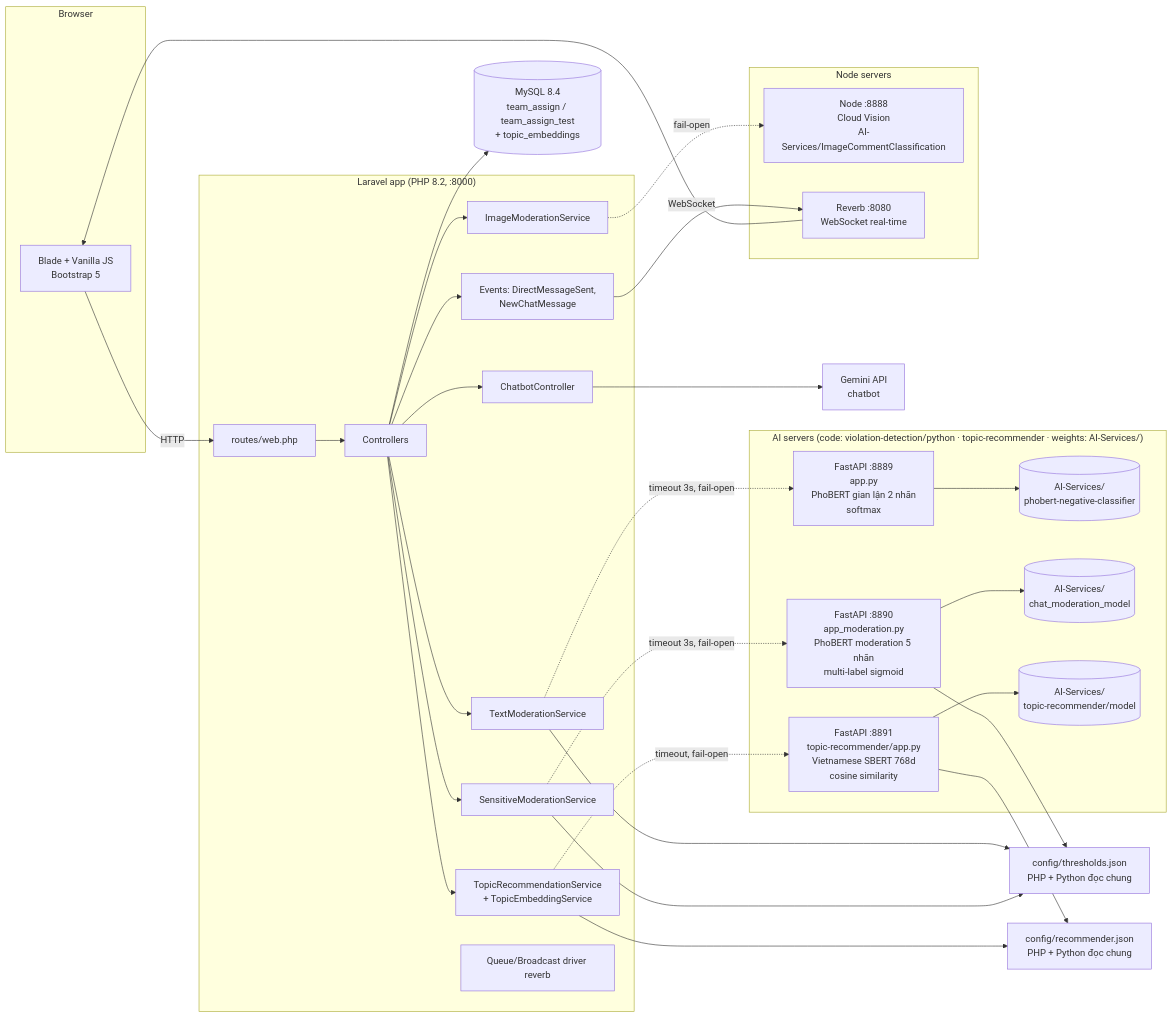
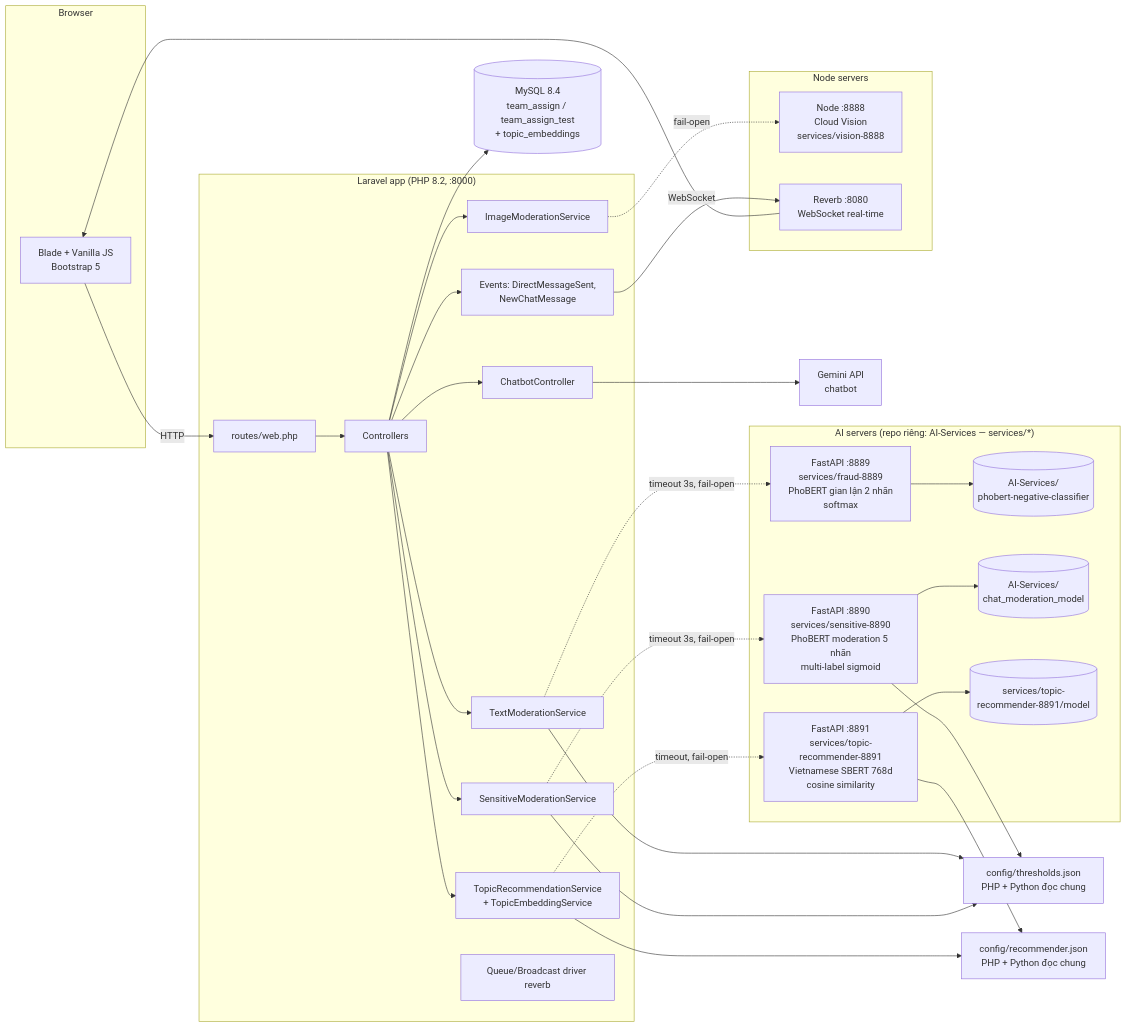
One commit to HuangMeii/Team-Assign changed the first of 2 diagrams in docs/diagrams/architecture.md. Above: the diagram before and after it, drawn with Mermaid. The commit also changed other lines of this file and 65 other files, not shown here.

First line of the commit message:
chore(repo): dong bo AI-Services paths + tach CSV delimiter + xoa python server cu + them docs

````diff
--- a/docs/diagrams/architecture.md
+++ b/docs/diagrams/architecture.md
@@ -3,51 +3,51 @@
 ```mermaid
 graph LR
     subgraph Browser
         UI[Blade + Vanilla JS<br/>Bootstrap 5]
     end
 
     subgraph "Laravel app (PHP 8.2, :8000)"
         R[routes/web.php] --> C[Controllers]
         C --> S1[TextModerationService]
         C --> S2[SensitiveModerationService]
         C --> S3[ImageModerationService]
         C --> S4[TopicRecommendationService<br/>+ TopicEmbeddingService]
         C --> CH[ChatbotController]
         C --> EV[Events: DirectMessageSent,<br/>NewChatMessage]
         Q[Queue/Broadcast driver reverb]
     end
 
-    subgraph "AI servers (code: violation-detection/python · topic-recommender · weights: AI-Services/)"
-        P1[FastAPI :8889<br/>app.py<br/>PhoBERT gian lận 2 nhãn<br/>softmax]
-        P2[FastAPI :8890<br/>app_moderation.py<br/>PhoBERT moderation 5 nhãn<br/>multi-label sigmoid]
-        P3[FastAPI :8891<br/>topic-recommender/app.py<br/>Vietnamese SBERT 768d<br/>cosine similarity]
+    subgraph "AI servers (repo riêng: AI-Services — services/*)"
+        P1[FastAPI :8889<br/>services/fraud-8889<br/>PhoBERT gian lận 2 nhãn<br/>softmax]
+        P2[FastAPI :8890<br/>services/sensitive-8890<br/>PhoBERT moderation 5 nhãn<br/>multi-label sigmoid]
+        P3[FastAPI :8891<br/>services/topic-recommender-8891<br/>Vietnamese SBERT 768d<br/>cosine similarity]
         M1[(AI-Services/<br/>phobert-negative-classifier)]
         M2[(AI-Services/<br/>chat_moderation_model)]
-        M3[(AI-Services/<br/>topic-recommender/model)]
+        M3[(services/topic-recommender-8891/model)]
     end
 
     subgraph "Node servers"
-        N1[Node :8888<br/>Cloud Vision<br/>AI-Services/ImageCommentClassification]
+        N1[Node :8888<br/>Cloud Vision<br/>services/vision-8888]
         N2[Reverb :8080<br/>WebSocket real-time]
     end
 
     DB[(MySQL 8.4<br/>team_assign / team_assign_test<br/>+ topic_embeddings)]
     GM[Gemini API<br/>chatbot]
 
     UI -->|HTTP| R
     EV -->|WebSocket| N2 --> UI
     S1 -.timeout 3s, fail-open.-> P1
     S2 -.timeout 3s, fail-open.-> P2
     S3 -.fail-open.-> N1
     S4 -.timeout, fail-open.-> P3
     CH --> GM
     C --> DB
     P1 --> M1
     P2 --> M2
     P3 --> M3
     S1 --> TH[config/thresholds.json<br/>PHP + Python đọc chung]
     S2 --> TH
     P2 --> TH
     S4 --> RC[config/recommender.json<br/>PHP + Python đọc chung]
     P3 --> RC
 ```
````
